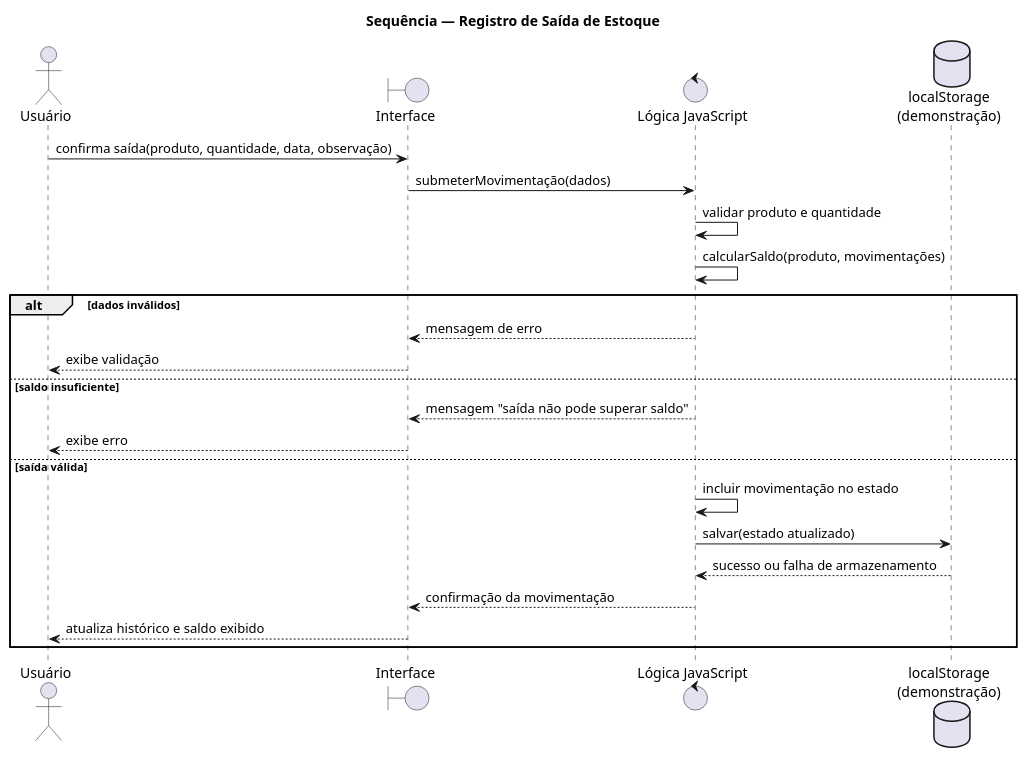
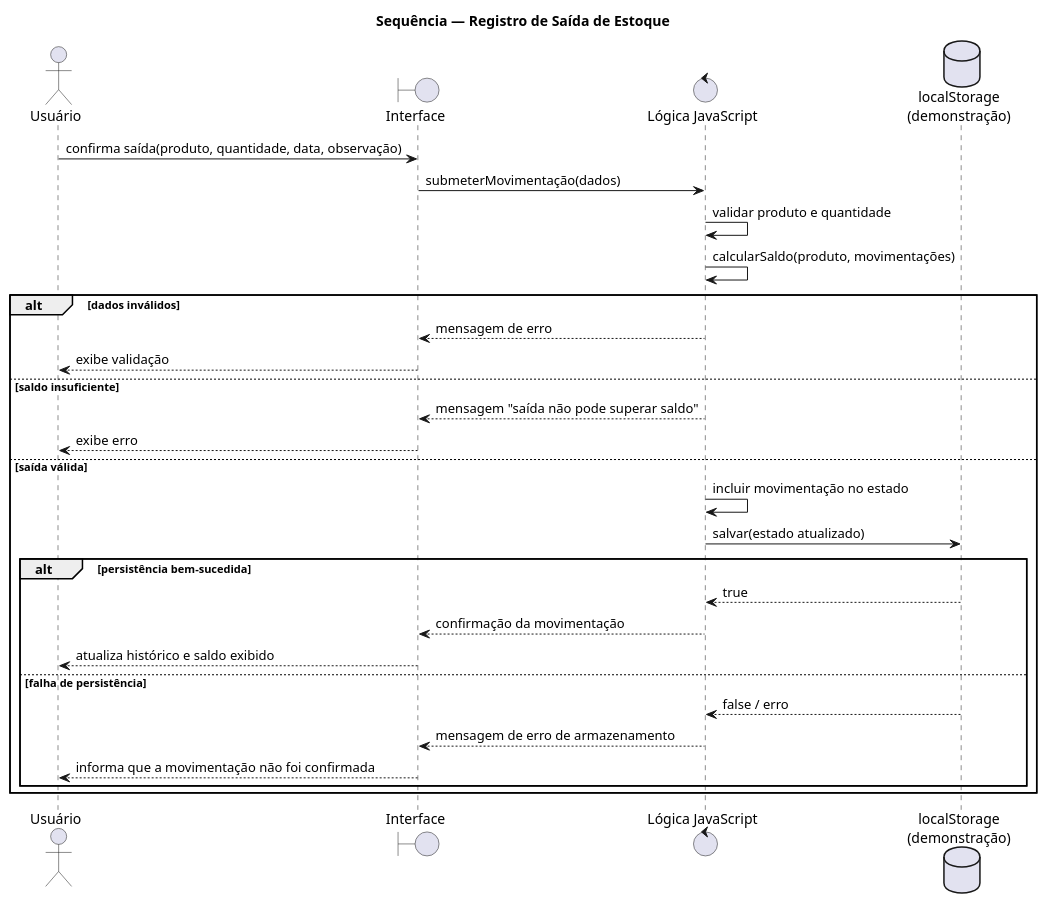
Before and after one commit to rogeriocssj-bot/pit2-controle-estoque: the diagram in docs/uml/sequencia.puml, drawn with PlantUML. The commit also changed 4 other files, not shown here.

Commit message:
docs: corrige semantica dos diagramas uml

```diff
--- a/docs/uml/sequencia.puml
+++ b/docs/uml/sequencia.puml
@@ -1,24 +1,30 @@
 @startuml
 title Sequência — Registro de Saída de Estoque
 actor Usuário
 boundary Interface
 control "Lógica JavaScript" as Logica
 database "localStorage\n(demonstração)" as Storage
 Usuário -> Interface : confirma saída(produto, quantidade, data, observação)
 Interface -> Logica : submeterMovimentação(dados)
 Logica -> Logica : validar produto e quantidade
 Logica -> Logica : calcularSaldo(produto, movimentações)
 alt dados inválidos
   Logica --> Interface : mensagem de erro
   Interface --> Usuário : exibe validação
 else saldo insuficiente
   Logica --> Interface : mensagem "saída não pode superar saldo"
   Interface --> Usuário : exibe erro
 else saída válida
   Logica -> Logica : incluir movimentação no estado
   Logica -> Storage : salvar(estado atualizado)
-  Storage --> Logica : sucesso ou falha de armazenamento
-  Logica --> Interface : confirmação da movimentação
-  Interface --> Usuário : atualiza histórico e saldo exibido
+  alt persistência bem-sucedida
+    Storage --> Logica : true
+    Logica --> Interface : confirmação da movimentação
+    Interface --> Usuário : atualiza histórico e saldo exibido
+  else falha de persistência
+    Storage --> Logica : false / erro
+    Logica --> Interface : mensagem de erro de armazenamento
+    Interface --> Usuário : informa que a movimentação não foi confirmada
+  end
 end
 @enduml
```
